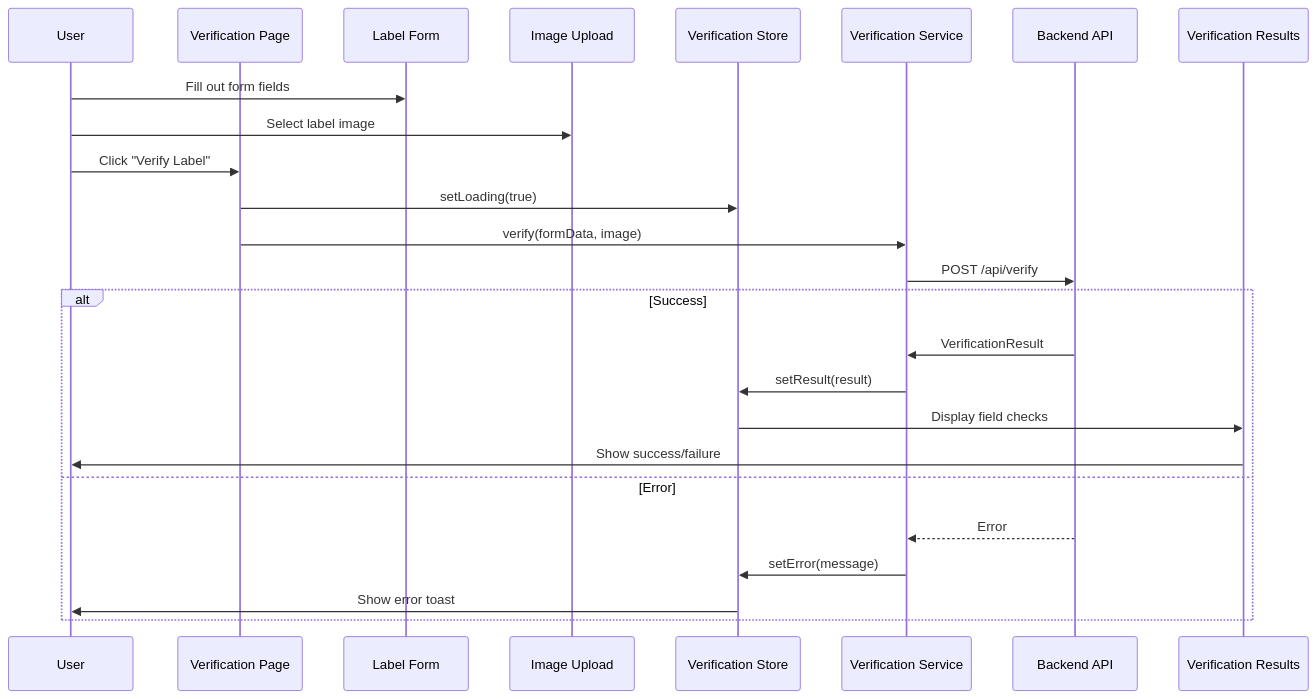
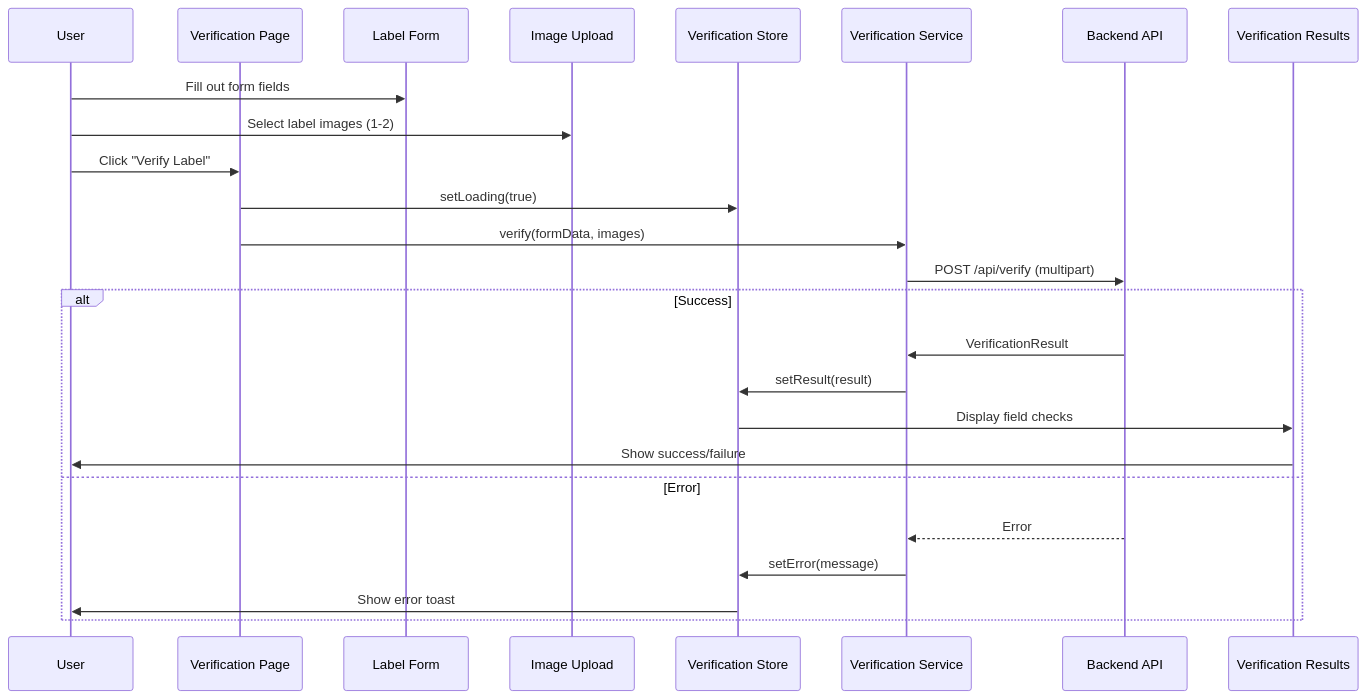
The diagram in frontend/src/app/features/label-verification/label-verification.md (Jnolley/alcohol-label-verification), drawn with Mermaid before and after one commit. The commit also changed other lines of this file and 43 other files, not shown here.

````diff
--- a/frontend/src/app/features/label-verification/label-verification.md
+++ b/frontend/src/app/features/label-verification/label-verification.md
@@ -25,30 +25,30 @@
 ```mermaid
 sequenceDiagram
     participant User
     participant Page as Verification Page
     participant Form as Label Form
     participant Upload as Image Upload
     participant Store as Verification Store
     participant Service as Verification Service
     participant API as Backend API
     participant Results as Verification Results
 
     User->>Form: Fill out form fields
-    User->>Upload: Select label image
+    User->>Upload: Select label images (1-2)
     User->>Page: Click "Verify Label"
 
     Page->>Store: setLoading(true)
-    Page->>Service: verify(formData, image)
-    Service->>API: POST /api/verify
+    Page->>Service: verify(formData, images)
+    Service->>API: POST /api/verify (multipart)
 
     alt Success
         API->>Service: VerificationResult
         Service->>Store: setResult(result)
         Store->>Results: Display field checks
         Results->>User: Show success/failure
     else Error
         API-->>Service: Error
         Service->>Store: setError(message)
         Store->>User: Show error toast
     end
 ```
````
